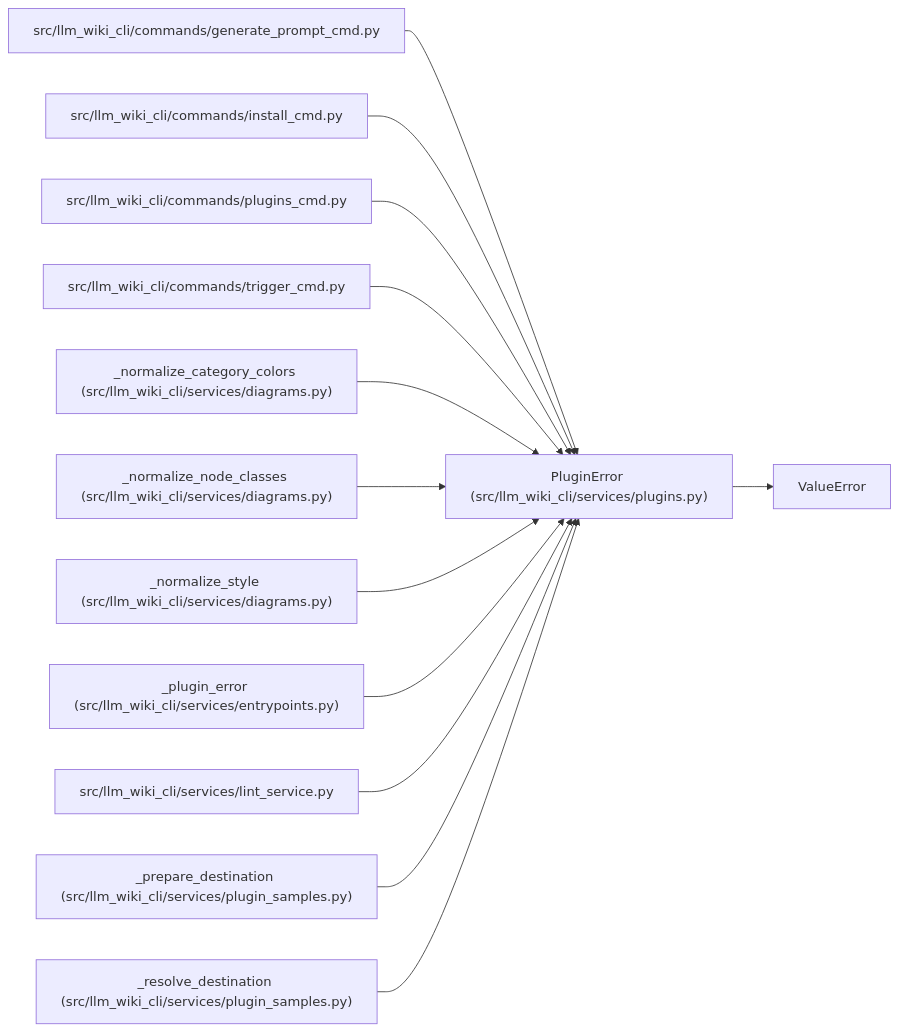
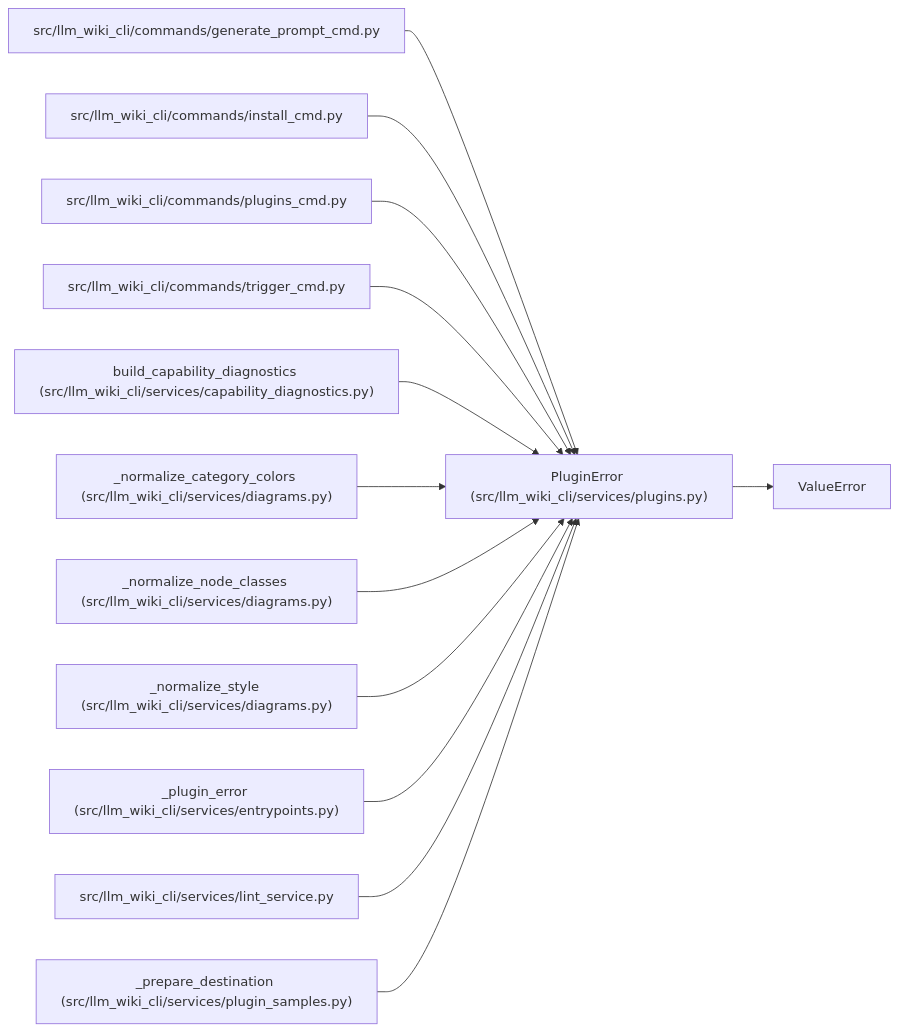
Before and after one commit to Denissvgn/python-wiki-llm: the diagram in docs/llm_wiki/entities/PluginError.md, drawn with Mermaid. The commit also changed other lines of this file and 152 other files, not shown here.

````diff
--- a/docs/llm_wiki/entities/PluginError.md
+++ b/docs/llm_wiki/entities/PluginError.md
@@ -23,40 +23,40 @@
 ```mermaid
 flowchart LR
     n0["PluginError (src/llm_wiki_cli/services/plugins.py)"]
     n1["ValueError"]
     n2["src/llm_wiki_cli/commands/generate_prompt_cmd.py"]
     n3["src/llm_wiki_cli/commands/install_cmd.py"]
     n4["src/llm_wiki_cli/commands/plugins_cmd.py"]
     n5["src/llm_wiki_cli/commands/trigger_cmd.py"]
-    n6["_normalize_category_colors (src/llm_wiki_cli/services/diagrams.py)"]
-    n7["_normalize_node_classes (src/llm_wiki_cli/services/diagrams.py)"]
-    n8["_normalize_style (src/llm_wiki_cli/services/diagrams.py)"]
-    n9["_plugin_error (src/llm_wiki_cli/services/entrypoints.py)"]
-    n10["src/llm_wiki_cli/services/lint_service.py"]
-    n11["_prepare_destination (src/llm_wiki_cli/services/plugin_samples.py)"]
-    n12["_resolve_destination (src/llm_wiki_cli/services/plugin_samples.py)"]
+    n6["build_capability_diagnostics (src/llm_wiki_cli/services/capability_diagnostics.py)"]
+    n7["_normalize_category_colors (src/llm_wiki_cli/services/diagrams.py)"]
+    n8["_normalize_node_classes (src/llm_wiki_cli/services/diagrams.py)"]
+    n9["_normalize_style (src/llm_wiki_cli/services/diagrams.py)"]
+    n10["_plugin_error (src/llm_wiki_cli/services/entrypoints.py)"]
+    n11["src/llm_wiki_cli/services/lint_service.py"]
+    n12["_prepare_destination (src/llm_wiki_cli/services/plugin_samples.py)"]
     n0 --> n1
     n2 --> n0
     n3 --> n0
     n4 --> n0
     n5 --> n0
     n6 --> n0
     n7 --> n0
     n8 --> n0
     n9 --> n0
     n10 --> n0
     n11 --> n0
     n12 --> n0
     click n0 "../modules/plugins.md"
     click n2 "../modules/generate_prompt_cmd.md"
     click n3 "../modules/install_cmd.md"
     click n4 "../modules/plugins_cmd.md"
     click n5 "../modules/trigger_cmd.md"
-    click n6 "../modules/diagrams.md"
+    click n6 "../modules/capability_diagnostics.md"
     click n7 "../modules/diagrams.md"
     click n8 "../modules/diagrams.md"
-    click n9 "../modules/entrypoints.md"
-    click n10 "../modules/lint_service.md"
-    click n11 "../modules/plugin_samples.md"
+    click n9 "../modules/diagrams.md"
+    click n10 "../modules/entrypoints.md"
+    click n11 "../modules/lint_service.md"
     click n12 "../modules/plugin_samples.md"
 ```
````
